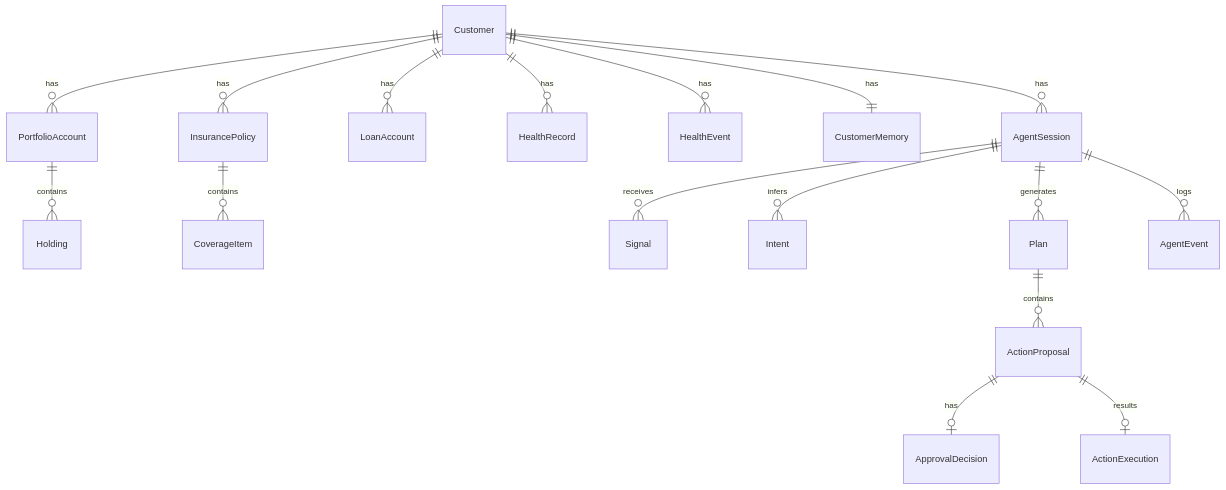
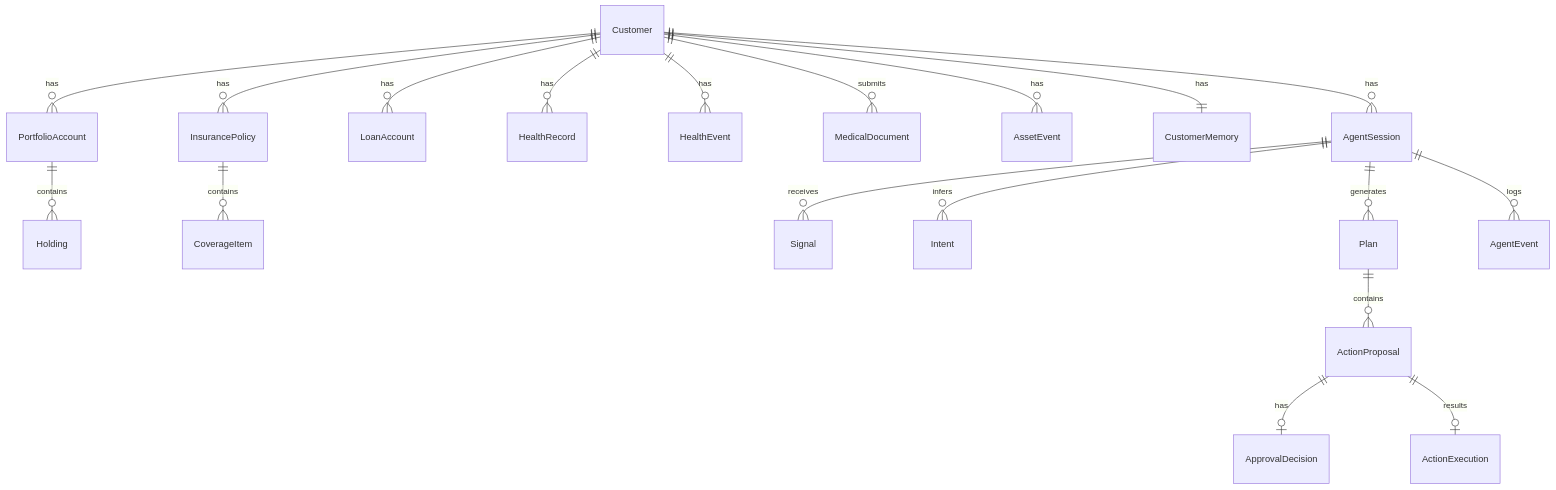
The diagram in docs/05_DATA_MODEL.md (YoonMin02/JB-WM-backend), drawn with Mermaid before and after one commit. The commit also changed other lines of this file and 11 other files, not shown here.

````diff
--- a/docs/05_DATA_MODEL.md
+++ b/docs/05_DATA_MODEL.md
@@ -7,19 +7,21 @@
 ```mermaid
 erDiagram
     Customer ||--o{ PortfolioAccount : has
     Customer ||--o{ InsurancePolicy : has
     Customer ||--o{ LoanAccount : has
     Customer ||--o{ HealthRecord : has
     Customer ||--o{ HealthEvent : has
+    Customer ||--o{ MedicalDocument : submits
+    Customer ||--o{ AssetEvent : has
     Customer ||--|| CustomerMemory : has
     Customer ||--o{ AgentSession : has
     PortfolioAccount ||--o{ Holding : contains
     InsurancePolicy ||--o{ CoverageItem : contains
     AgentSession ||--o{ Signal : receives
     AgentSession ||--o{ Intent : infers
     AgentSession ||--o{ Plan : generates
     Plan ||--o{ ActionProposal : contains
     ActionProposal ||--o| ApprovalDecision : has
     ActionProposal ||--o| ActionExecution : results
     AgentSession ||--o{ AgentEvent : logs
 ```
````
